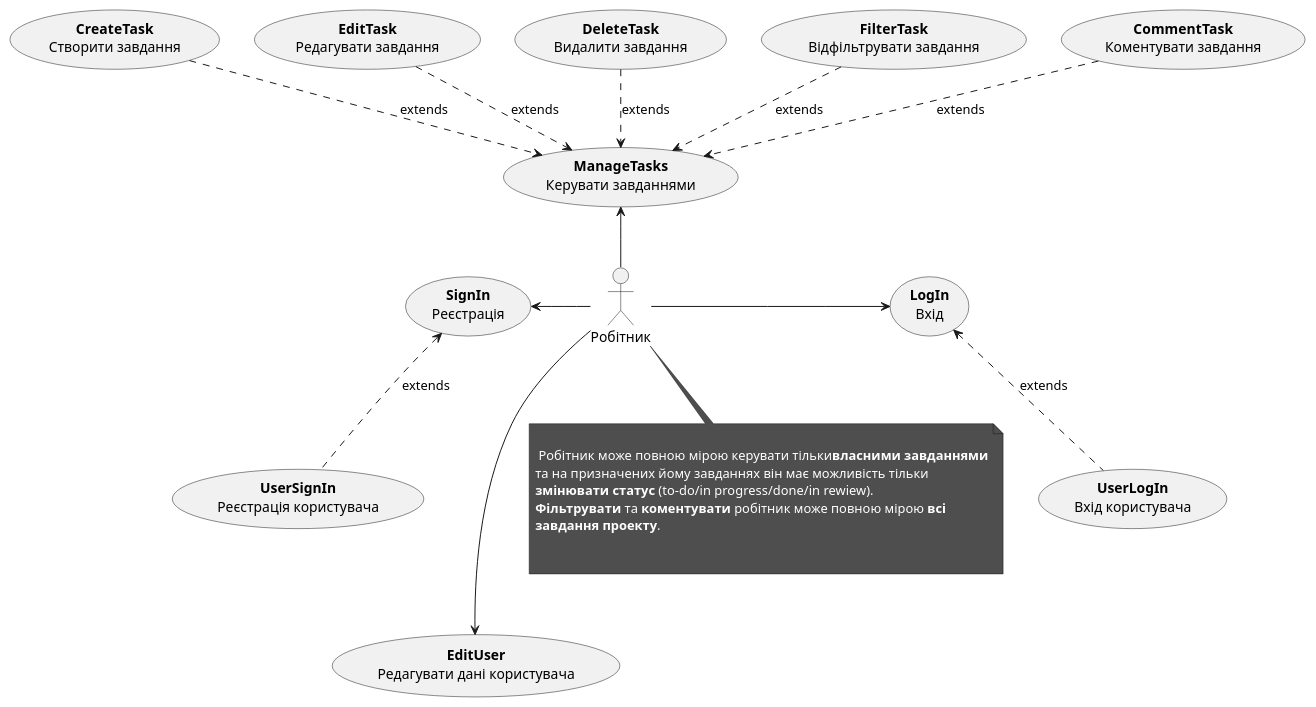
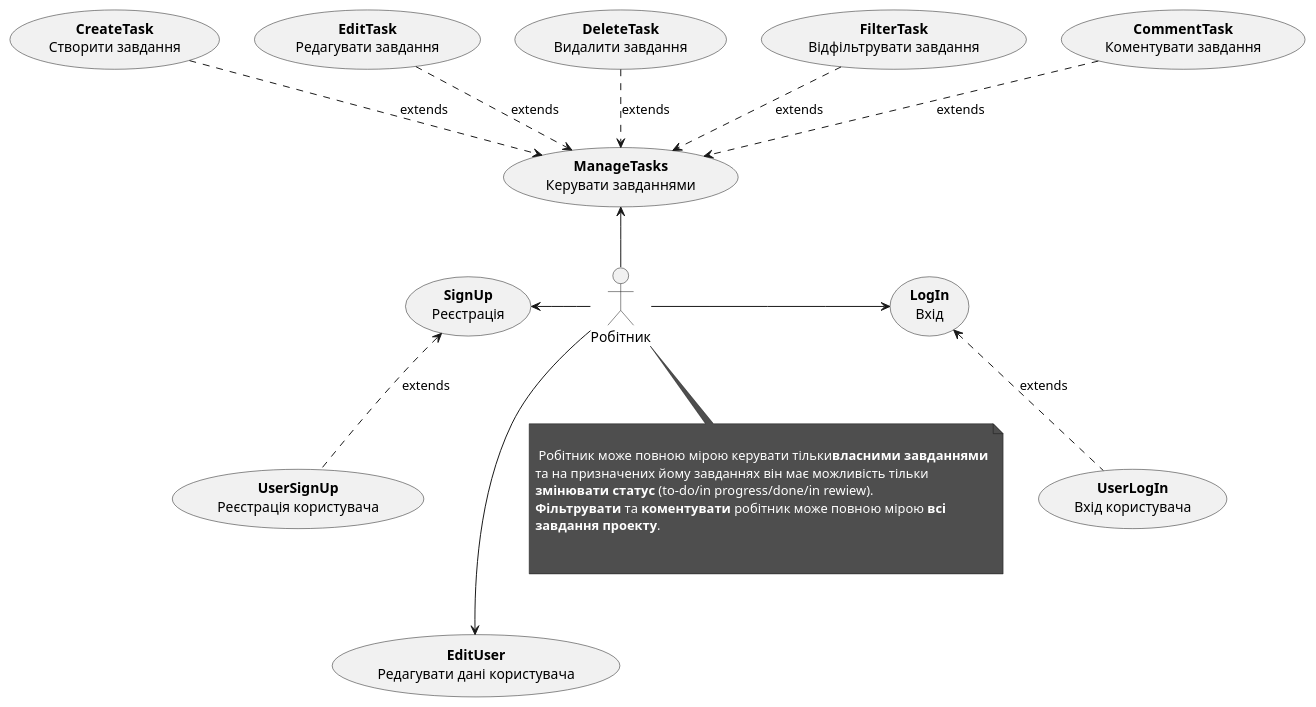
One commit to matshp0/db-coursework changed the second of 5 diagrams in docs/project/use_cases.md. Above: the diagram before and after it, drawn with PlantUML. The commit also changed other lines of this file, not shown here.

Commit message:
Removed signIn with signUp

````diff
--- a/docs/project/use_cases.md
+++ b/docs/project/use_cases.md
@@ -61,43 +61,43 @@
 ```plantuml
 @startuml
 skinparam noteFontColor white
 
 actor "Робітник" as Collaborator
 
-usecase "<b>SignIn</b>\nРеєстрація" as SignIn
-usecase "<b>UserSignIn</b>\nРеєстрація користувача" as UserSignIn
+usecase "<b>SignUp</b>\nРеєстрація" as SignUp
+usecase "<b>UserSignUp</b>\nРеєстрація користувача" as UserSignUp
 usecase "<b>LogIn</b>\nВхід" as Login
 usecase "<b>UserLogIn</b>\nВхід користувача" as UserLogIn
 usecase "<b>EditUser</b>\nРедагувати дані користувача" as EditUser
 usecase "<b>ManageTasks</b>\nКерувати завданнями" as ManageTasks
 usecase "<b>CreateTask</b>\nСтворити завдання" as CreateTask
 usecase "<b>EditTask</b>\nРедагувати завдання" as EditTask
 usecase "<b>DeleteTask</b>\nВидалити завдання" as DeleteTask
 usecase "<b>FilterTask</b>\nВідфільтрувати завдання" as FilterTask
 usecase "<b>CommentTask</b>\nКоментувати завдання" as CommentTask
 
-Collaborator -l-> SignIn
-SignIn <.d. UserSignIn:extends
+Collaborator -l-> SignUp
+SignUp <.d. UserSignUp:extends
 Collaborator -r-> Login
 Login <.d. UserLogIn:extends
 Collaborator --d-> EditUser
 Collaborator -u-> ManageTasks
 ManageTasks <.u. CommentTask:extends
 ManageTasks <.u. FilterTask:extends
 ManageTasks <.u. DeleteTask:extends
 ManageTasks <.u. EditTask:extends
 ManageTasks<.u. CreateTask:extends
 
 note bottom of Collaborator #4e4e4e
 
     Робітник може повною мірою керувати тільки<b>власними завданнями</b>
    та на призначених йому завданнях він має можливість тільки
    <b>змінювати статус</b> (to-do/in progress/done/in rewiew).
    <b>Фільтрувати</b> та <b>коментувати</b> робітник може повною мірою <b>всі</b>
    <b>завдання проекту</b>.
    
 
 end note
 @enduml
 
 ```
````
